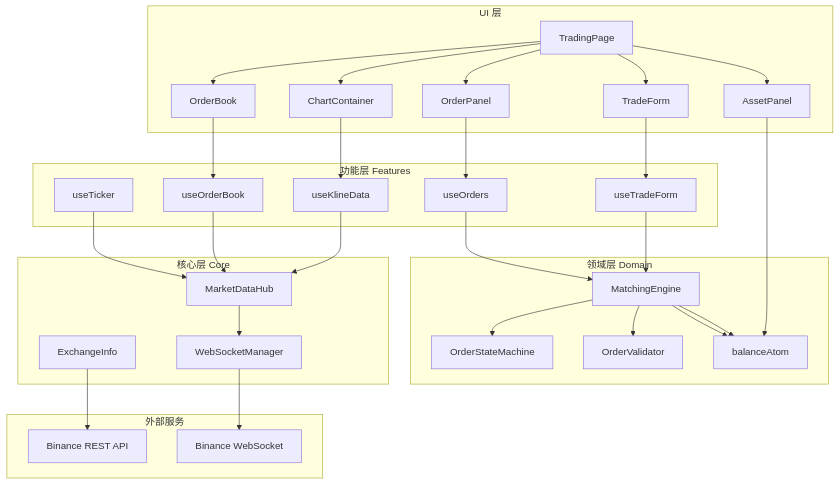
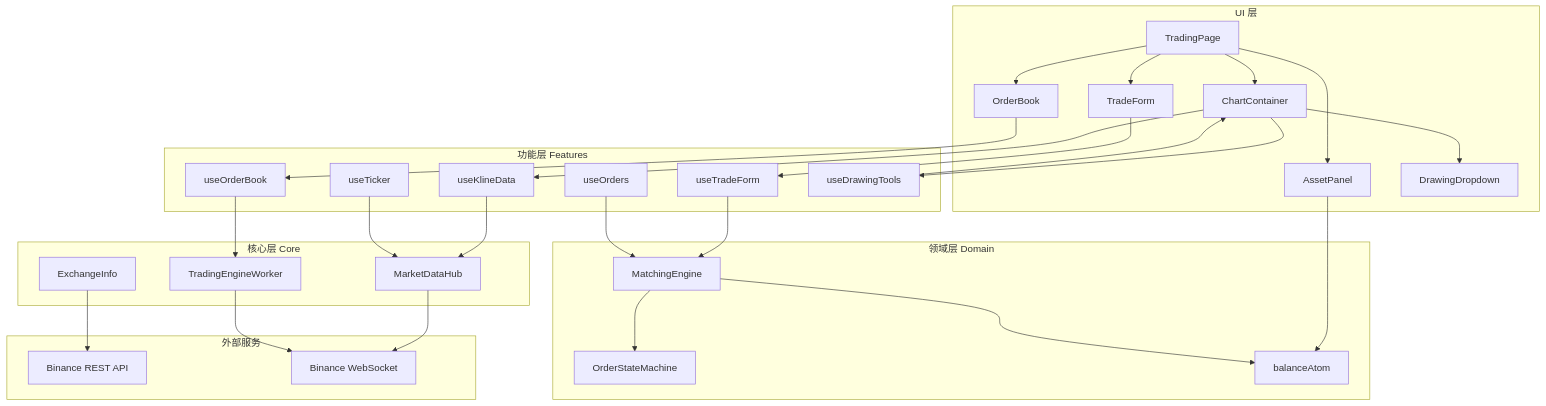
Before and after one commit to iceberg211/trading: the first of 6 diagrams in docs/ARCHITECTURE.md, drawn with Mermaid. The commit also changed other lines of this file and 6 other files, not shown here.

Commit message:
refactor: 移除图表工具栏中的画线工具功能并增加副图高度

````diff
--- a/docs/ARCHITECTURE.md
+++ b/docs/ARCHITECTURE.md
@@ -49,53 +49,55 @@
 ```mermaid
 graph TB
     subgraph UI["UI 层"]
         A[TradingPage]
         B[ChartContainer]
         C[OrderBook]
         D[TradeForm]
         E[AssetPanel]
-        F[OrderPanel]
+        F[DrawingDropdown]
     end
 
     subgraph Features["功能层 Features"]
         G[useKlineData]
         H[useOrderBook]
         I[useTradeForm]
         J[useTicker]
         K[useOrders]
+        L[useDrawingTools]
     end
 
     subgraph Domain["领域层 Domain"]
-        L[MatchingEngine]
-        M[OrderStateMachine]
-        N[OrderValidator]
+        M[MatchingEngine]
+        N[OrderStateMachine]
         O[balanceAtom]
     end
 
     subgraph Core["核心层 Core"]
         P[MarketDataHub]
         Q[ExchangeInfo]
-        R[WebSocketManager]
+        R[TradingEngineWorker]
     end
 
     subgraph External["外部服务"]
         S[Binance REST API]
         T[Binance WebSocket]
     end
 
-    A --> B & C & D & E & F
-    B --> G
+    A --> B & C & D & E
+    B --> F
+    B --> G & L
     C --> H
     D --> I
     E --> O
-    F --> K
 
-    G & H & J --> P
-    I --> L
-    K --> L
-    L --> M & N & O
+    G & J --> P
+    H --> R
+    I --> M
+    K --> M
+    L --> B
 
-    P --> R --> T
+    P --> T
+    R --> T
     Q --> S
-    L --> O
+    M --> N & O
 ```
````
